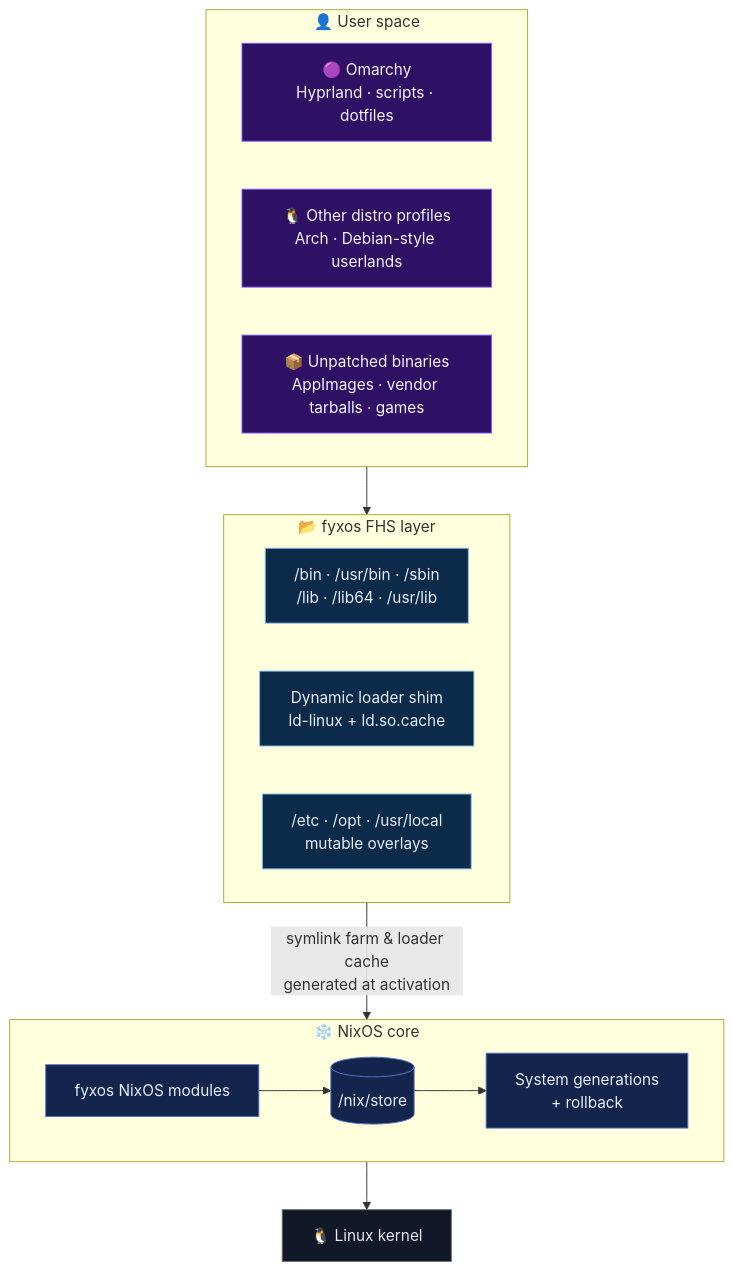
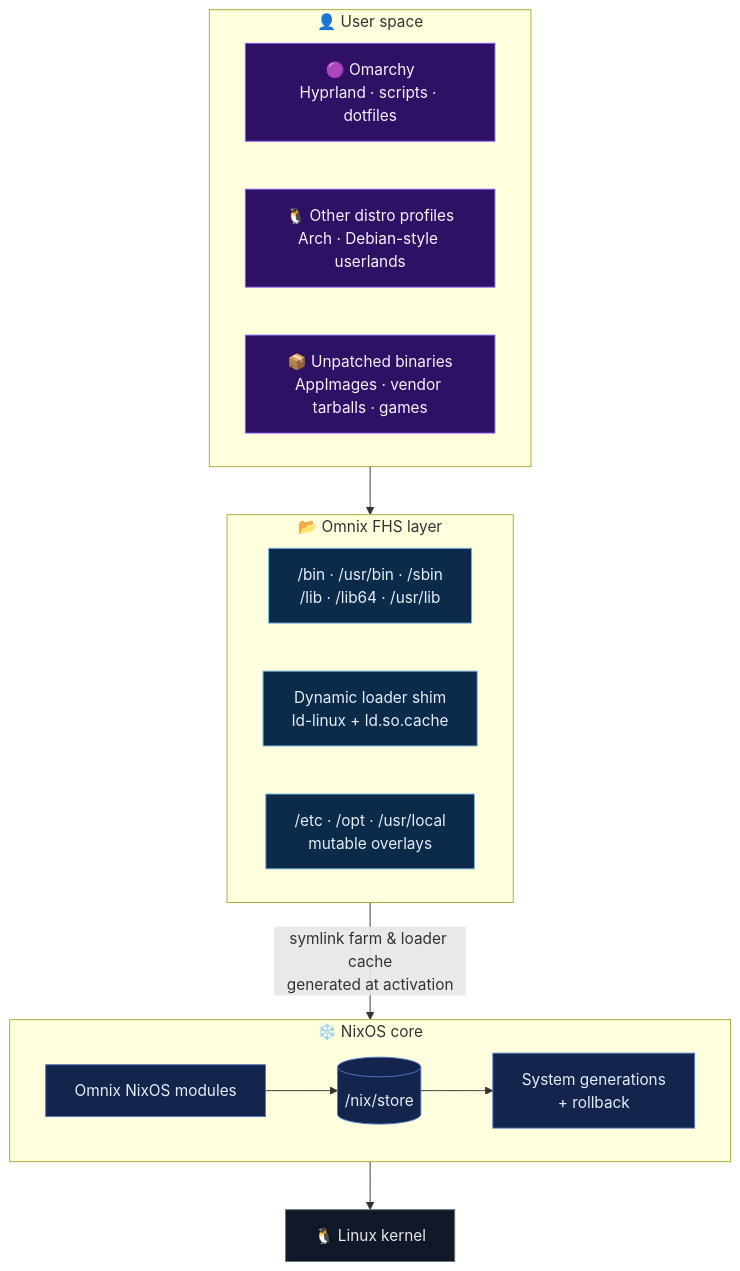
One commit to FyxOS/.github changed the first of 5 diagrams in profile/README.md. Above: the diagram before and after it, drawn with Mermaid. The commit also changed other lines of this file and 3 other files, not shown here.

Commit message:
Rebrand fyxos -> Omnix (org: omnix-os)

````diff
--- a/profile/README.md
+++ b/profile/README.md
@@ -66,40 +66,40 @@
 ```mermaid
 flowchart TB
     subgraph USER["👤 User space"]
         direction LR
         OM["🟣 Omarchy<br/>Hyprland · scripts · dotfiles"]
         OD["🐧 Other distro profiles<br/>Arch · Debian-style userlands"]
         BIN["📦 Unpatched binaries<br/>AppImages · vendor tarballs · games"]
     end
 
-    subgraph FHS["📂 fyxos FHS layer"]
+    subgraph FHS["📂 Omnix FHS layer"]
         direction LR
         PATHS["/bin · /usr/bin · /sbin<br/>/lib · /lib64 · /usr/lib"]
         LD["Dynamic loader shim<br/>ld-linux + ld.so.cache"]
         ETC["/etc · /opt · /usr/local<br/>mutable overlays"]
     end
 
     subgraph NIX["❄️ NixOS core"]
         direction LR
-        MOD["fyxos NixOS modules"]
+        MOD["Omnix NixOS modules"]
         STORE[("/nix/store")]
         GEN["System generations<br/>+ rollback"]
     end
 
     KERNEL["🐧 Linux kernel"]
 
     USER --> FHS
     FHS -- "symlink farm & loader cache<br/>generated at activation" --> NIX
     MOD --> STORE
     STORE --> GEN
     NIX --> KERNEL
 
     classDef user fill:#2E1065,stroke:#8B5CF6,color:#F5F3FF
     classDef fhs fill:#0C2A4A,stroke:#7EBAE4,color:#E6EDF7
     classDef nix fill:#13254D,stroke:#5277C3,color:#E6EDF7
     classDef k fill:#111827,stroke:#6B7280,color:#E5E7EB
     class OM,OD,BIN user
     class PATHS,LD,ETC fhs
     class MOD,STORE,GEN nix
     class KERNEL k
 ```
````
